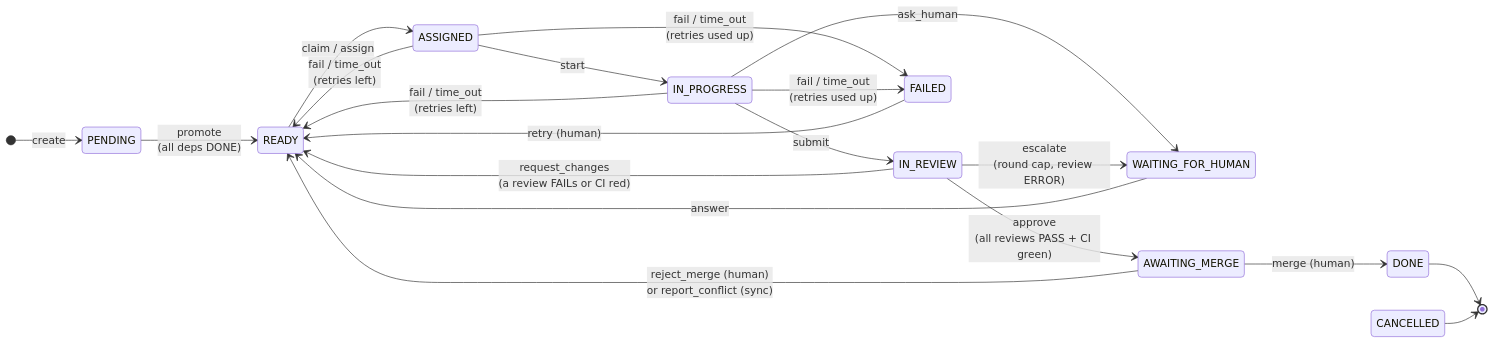
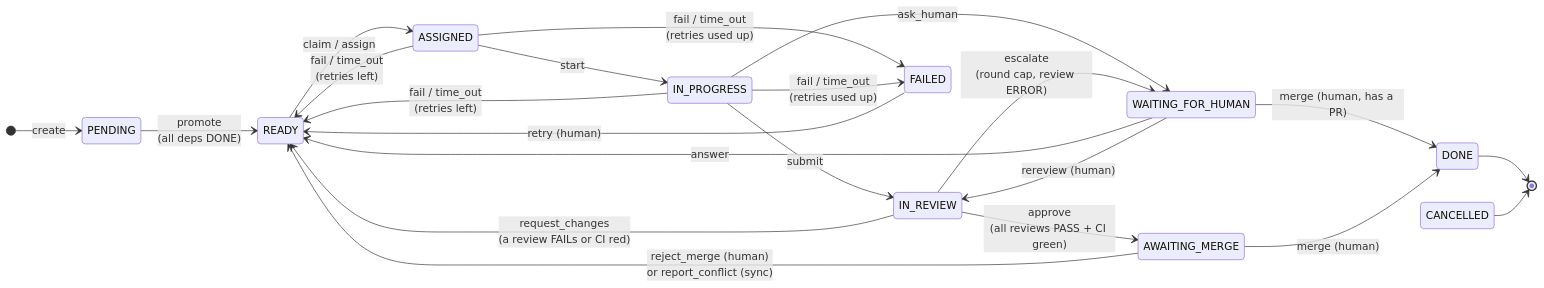
Before and after one commit to bharathcmbox/axiom: the first of 5 diagrams in docs/state-machines.md, drawn with Mermaid. The commit also changed other lines of this file and 30 other files, not shown here.

First line of the commit message:
Fix review budgets found by the first real QA run; add rereview

````diff
--- a/docs/state-machines.md
+++ b/docs/state-machines.md
@@ -15,23 +15,25 @@
 ```mermaid
 stateDiagram-v2
     direction LR
     [*] --> PENDING: create
     PENDING --> READY: promote<br/>(all deps DONE)
     READY --> ASSIGNED: claim / assign
     ASSIGNED --> IN_PROGRESS: start
     IN_PROGRESS --> IN_REVIEW: submit
     IN_PROGRESS --> WAITING_FOR_HUMAN: ask_human
     WAITING_FOR_HUMAN --> READY: answer
     ASSIGNED --> READY: fail / time_out<br/>(retries left)
     IN_PROGRESS --> READY: fail / time_out<br/>(retries left)
     ASSIGNED --> FAILED: fail / time_out<br/>(retries used up)
     IN_PROGRESS --> FAILED: fail / time_out<br/>(retries used up)
     FAILED --> READY: retry (human)
     IN_REVIEW --> AWAITING_MERGE: approve<br/>(all reviews PASS + CI green)
     IN_REVIEW --> READY: request_changes<br/>(a review FAILs or CI red)
     IN_REVIEW --> WAITING_FOR_HUMAN: escalate<br/>(round cap, review ERROR)
     AWAITING_MERGE --> READY: reject_merge (human)<br/>or report_conflict (sync)
+    WAITING_FOR_HUMAN --> IN_REVIEW: rereview (human)
+    WAITING_FOR_HUMAN --> DONE: merge (human, has a PR)
     AWAITING_MERGE --> DONE: merge (human)
     DONE --> [*]
     CANCELLED --> [*]
 ```
````
